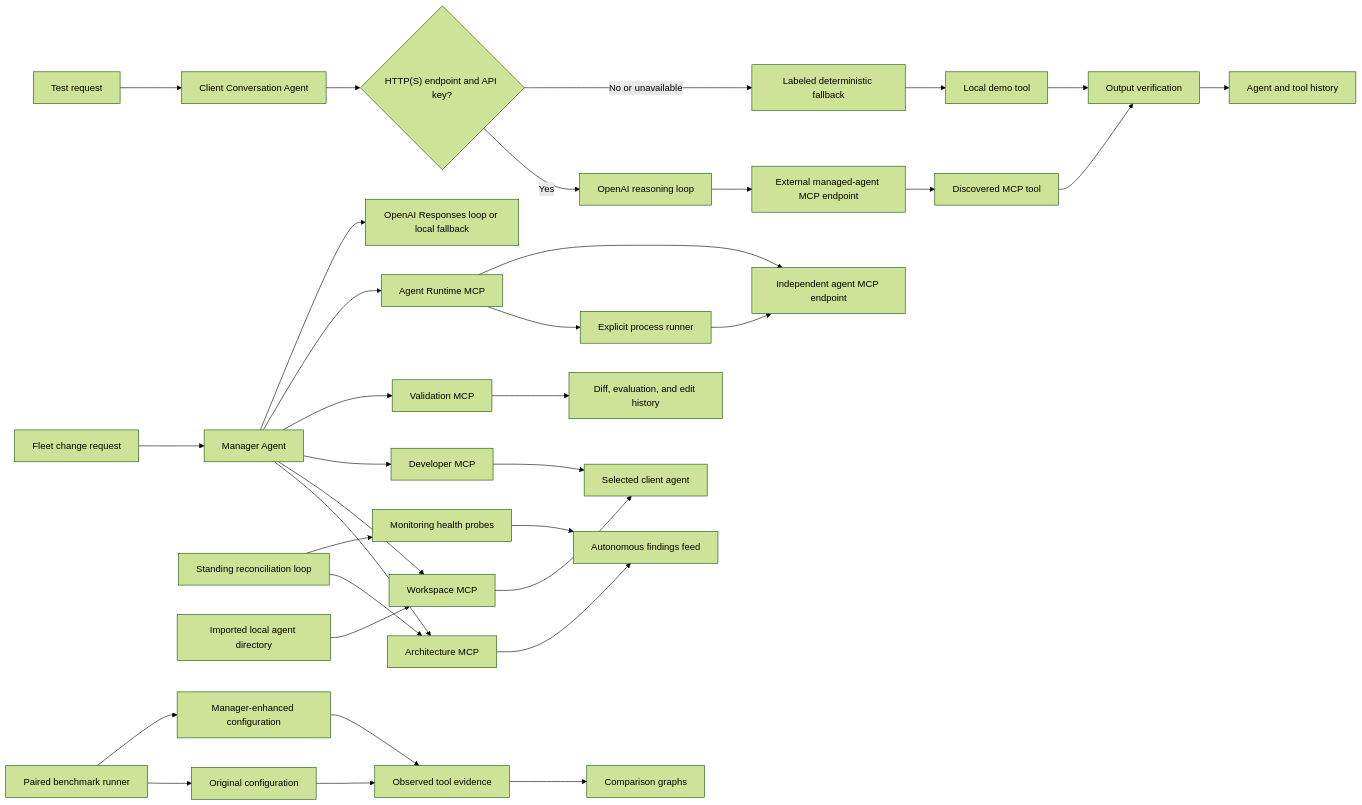
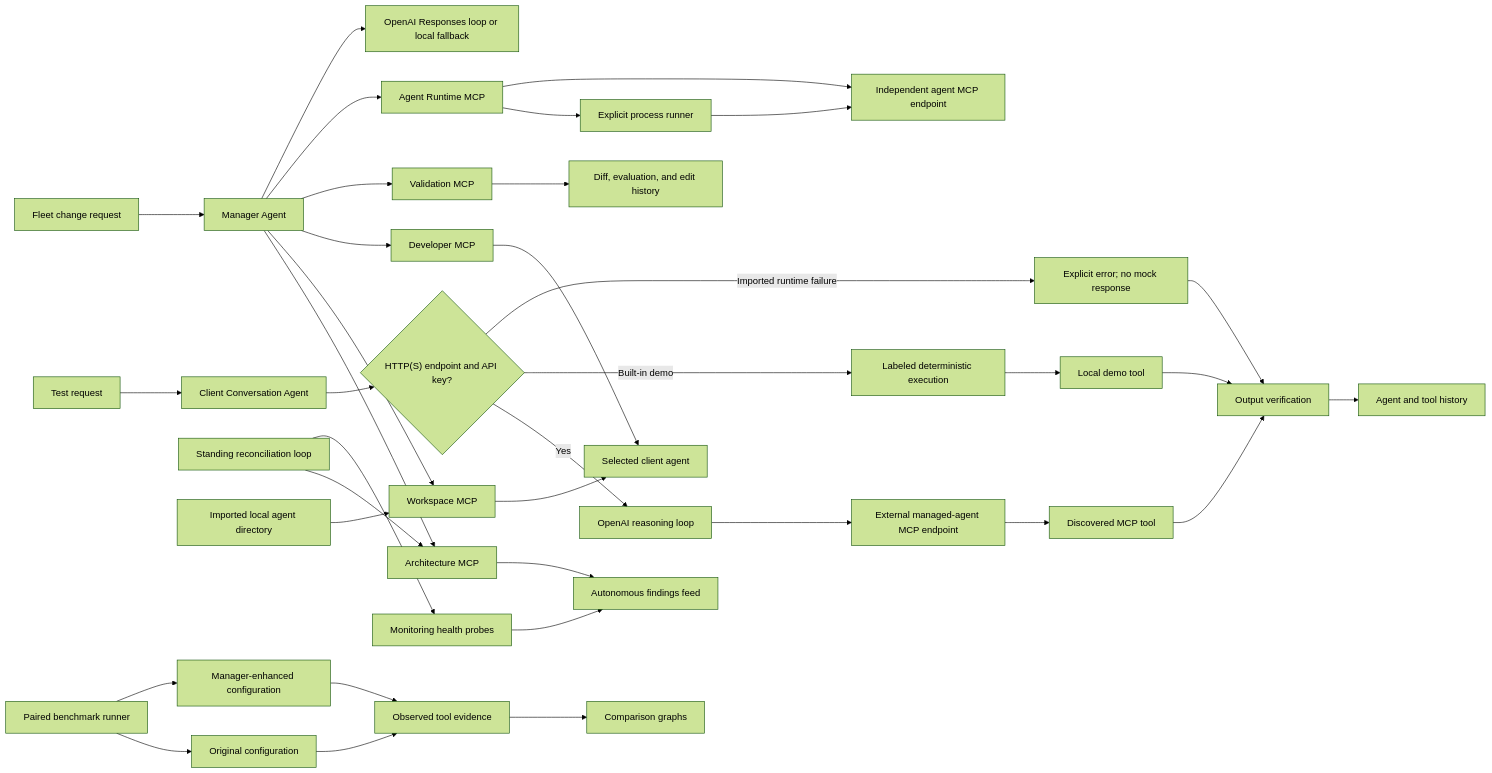
Before and after one commit to akashsenthilkumar06/AgentManager: the diagram in README.md, drawn with Mermaid (forest theme). The commit also changed other lines of this file and 32 other files, not shown here.

````diff
--- a/README.md
+++ b/README.md
@@ -73,36 +92,38 @@
 ```mermaid
 flowchart LR
     U["Fleet change request"] --> AM["Manager Agent"]
     AM --> AS["Architecture MCP"]
     AM --> WS["Workspace MCP"]
     AM --> DS["Developer MCP"]
     AM --> VS["Validation MCP"]
     AM --> RT["Agent Runtime MCP"]
     WS --> MA["Selected client agent"]
     DS --> MA
     VS --> EH["Diff, evaluation, and edit history"]
     U2["Test request"] --> C["Client Conversation Agent"]
     C --> LM{"HTTP(S) endpoint and API key?"}
     LM -->|Yes| OAI2["OpenAI reasoning loop"]
     OAI2 --> RMCP["External managed-agent MCP endpoint"]
     RMCP --> T["Discovered MCP tool"]
-    LM -->|No or unavailable| DF["Labeled deterministic fallback"]
+    LM -->|Built-in demo| DF["Labeled deterministic execution"]
+    LM -->|Imported runtime failure| EF["Explicit error; no mock response"]
     DF --> T2["Local demo tool"]
     T --> OV["Output verification"]
     T2 --> OV
+    EF --> OV
     OV --> TH["Agent and tool history"]
     AM --> OAI["OpenAI Responses loop or local fallback"]
     RC["Standing reconciliation loop"] --> AS
     RC --> MH["Monitoring health probes"]
     AS --> FF["Autonomous findings feed"]
     MH --> FF
     IA["Imported local agent directory"] --> WS
     RT --> PR["Explicit process runner"]
     PR --> EMCP["Independent agent MCP endpoint"]
     RT --> EMCP
     BM["Paired benchmark runner"] --> B0["Original configuration"]
     BM --> B1["Manager-enhanced configuration"]
     B0 --> BE["Observed tool evidence"]
     B1 --> BE
     BE --> BG["Comparison graphs"]
 ```
````
